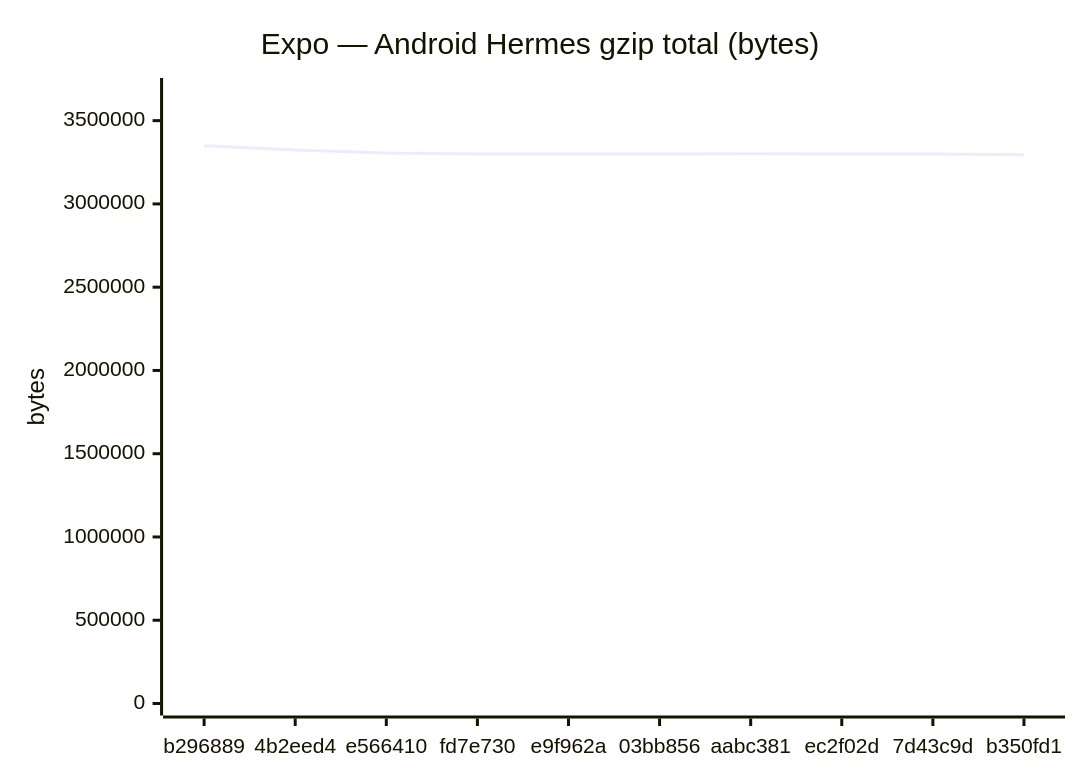
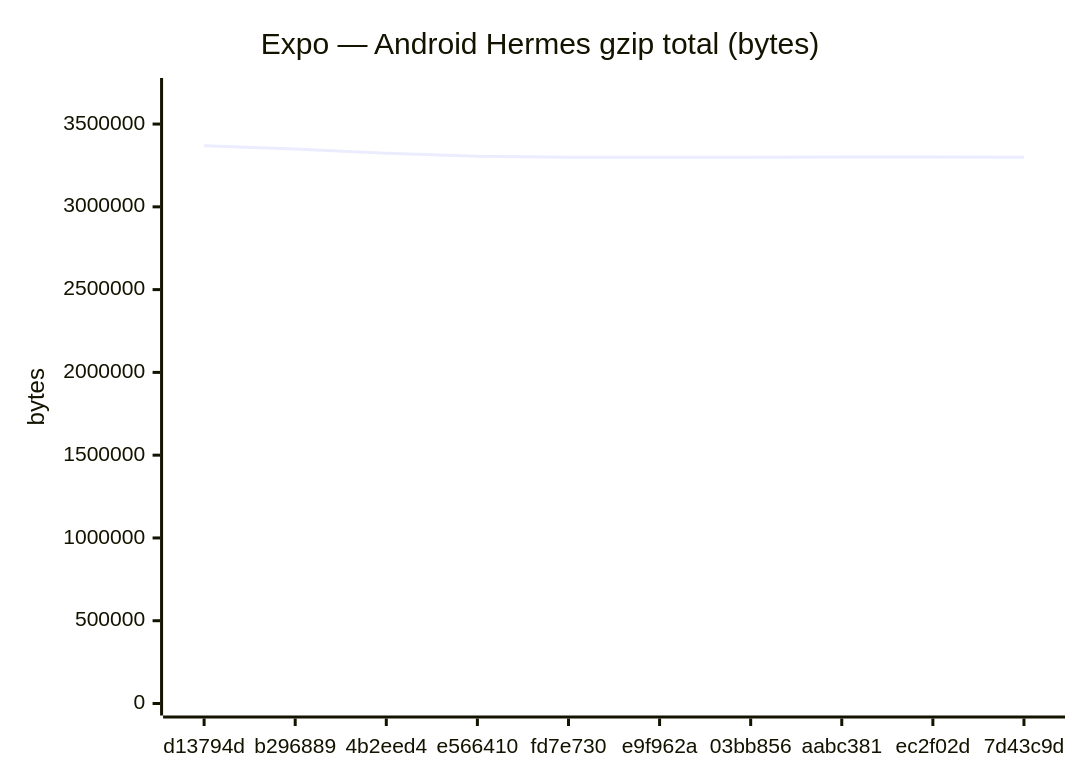
Before and after one commit to Metaheurist/Rianell: the fifth of 18 diagrams in benchmarks/compare.md, drawn with Mermaid. The commit also changed other lines of this file and 11 other files, not shown here.

````diff
--- a/benchmarks/compare.md
+++ b/benchmarks/compare.md
@@ -89,7 +89,7 @@
 ```mermaid
 xychart-beta
     title "Expo — Android Hermes gzip total (bytes)"
-    x-axis ["b296889", "4b2eed4", "e566410", "fd7e730", "e9f962a", "03bb856", "aabc381", "ec2f02d", "7d43c9d", "b350fd1"]
-    y-axis "bytes" 0 --> 3684129
-    line [3349208, 3324082, 3305549, 3300038, 3300034, 3300038, 3300630, 3300522, 3299950, 3296025]
+    x-axis ["d13794d", "b296889", "4b2eed4", "e566410", "fd7e730", "e9f962a", "03bb856", "aabc381", "ec2f02d", "7d43c9d"]
+    y-axis "bytes" 0 --> 3705748
+    line [3368861, 3349208, 3324082, 3305549, 3300038, 3300034, 3300038, 3300630, 3300522, 3299950]
 ```
````
